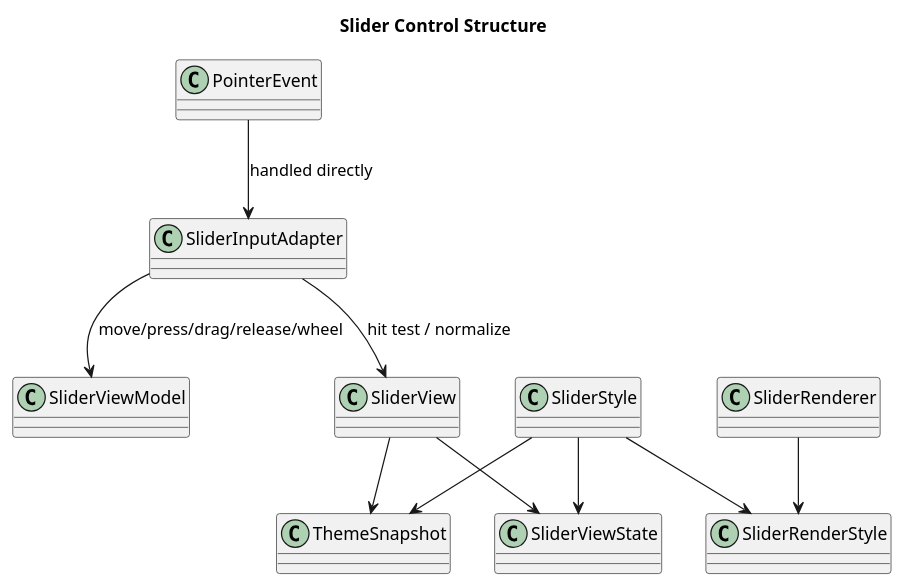
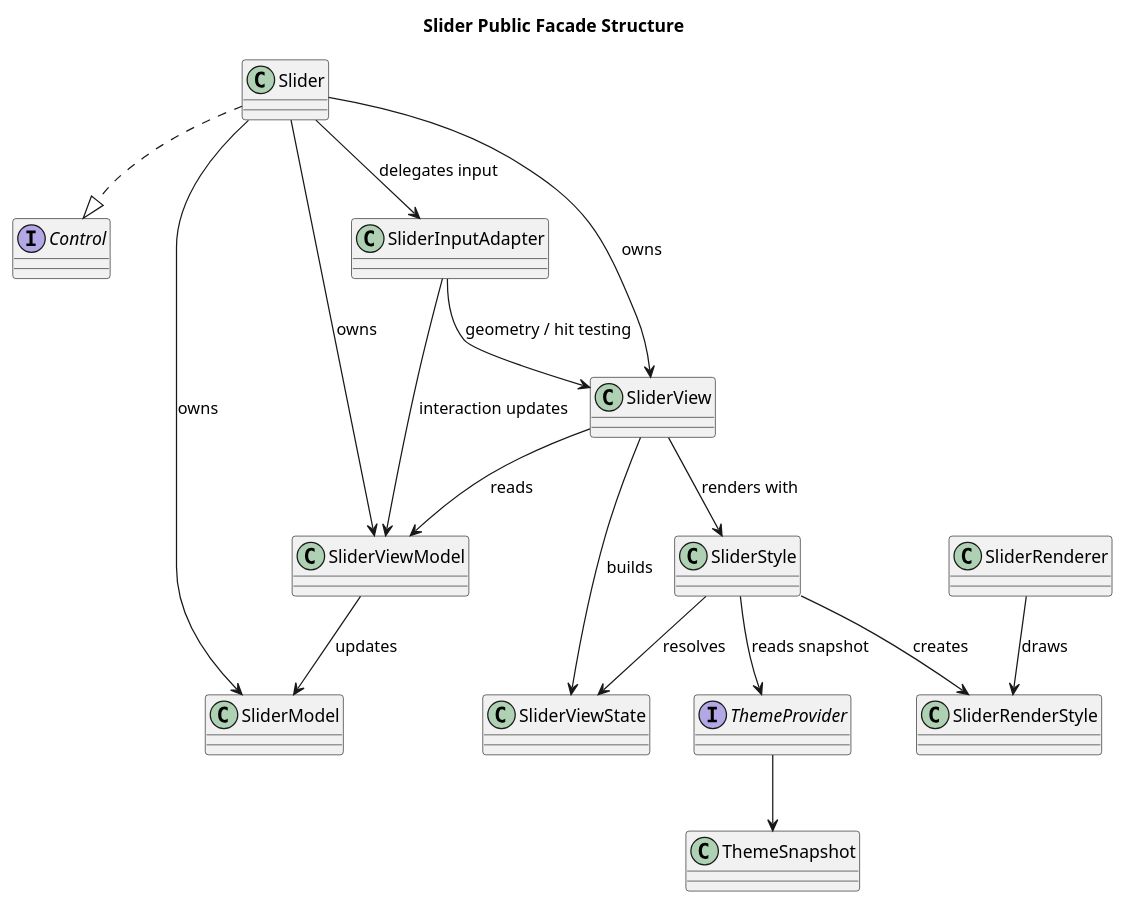
One commit to cdpoloz/cpz-mvvm-processing-controls changed the diagram in docs/uml/control_slider.puml. Above: the diagram before and after it, drawn with PlantUML. The commit also changed 251 other files, not shown here.

```diff
--- a/docs/uml/control_slider.puml
+++ b/docs/uml/control_slider.puml
@@ -1,25 +1,35 @@
 @startuml
-title Slider Control Structure
+title Slider Public Facade Structure
 skinparam packageStyle rectangle
 skinparam shadowing false
 
-class PointerEvent
-class SliderInputAdapter
+interface Control
+class Slider
+class SliderModel
 class SliderViewModel
 class SliderView
+class SliderInputAdapter
 class SliderViewState
 class SliderStyle
 class SliderRenderStyle
 class SliderRenderer
+interface ThemeProvider
 class ThemeSnapshot
 
-PointerEvent --> SliderInputAdapter : handled directly
-SliderInputAdapter --> SliderView : hit test / normalize
-SliderInputAdapter --> SliderViewModel : move/press/drag/release/wheel
-SliderView --> SliderViewState
-SliderView --> ThemeSnapshot
-SliderStyle --> SliderViewState
-SliderStyle --> ThemeSnapshot
-SliderStyle --> SliderRenderStyle
-SliderRenderer --> SliderRenderStyle
+Slider ..|> Control
+Slider --> SliderModel : owns
+Slider --> SliderViewModel : owns
+Slider --> SliderView : owns
+Slider --> SliderInputAdapter : delegates input
+SliderInputAdapter --> SliderView : geometry / hit testing
+SliderInputAdapter --> SliderViewModel : interaction updates
+SliderViewModel --> SliderModel : updates
+SliderView --> SliderViewModel : reads
+SliderView --> SliderViewState : builds
+SliderView --> SliderStyle : renders with
+SliderStyle --> ThemeProvider : reads snapshot
+ThemeProvider --> ThemeSnapshot
+SliderStyle --> SliderViewState : resolves
+SliderStyle --> SliderRenderStyle : creates
+SliderRenderer --> SliderRenderStyle : draws
 @enduml
```
